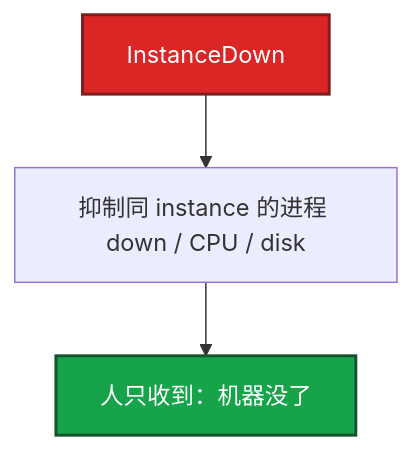
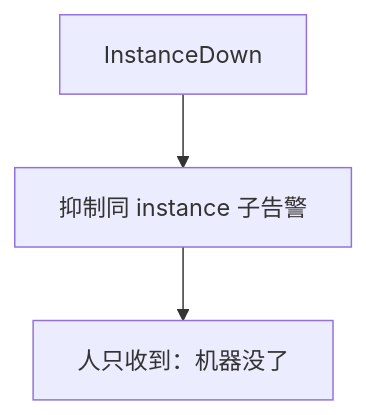
Before and after one commit to ml-cuizijun/LearnToLilith: the fourth of 5 diagrams in 02-基础底座/21-监控与告警/知识点.md, drawn with Mermaid. The commit also changed other lines of this file and 107 other files, not shown here.

````diff
--- a/02-基础底座/21-监控与告警/知识点.md
+++ b/02-基础底座/21-监控与告警/知识点.md
@@ -280,10 +313,5 @@
 ```mermaid
 flowchart TB
-    down[InstanceDown] --> inh[抑制同 instance 的进程 down / CPU / disk]
+    down[InstanceDown] --> inh[抑制同 instance 子告警]
     inh --> one[人只收到：机器没了]
-
-    classDef bad fill:#DC2626,stroke:#7F1D1D,stroke-width:2px,color:#fff
-    classDef ok fill:#16A34A,stroke:#14532D,stroke-width:2px,color:#fff
-    class down bad
-    class one ok
 ```
````
